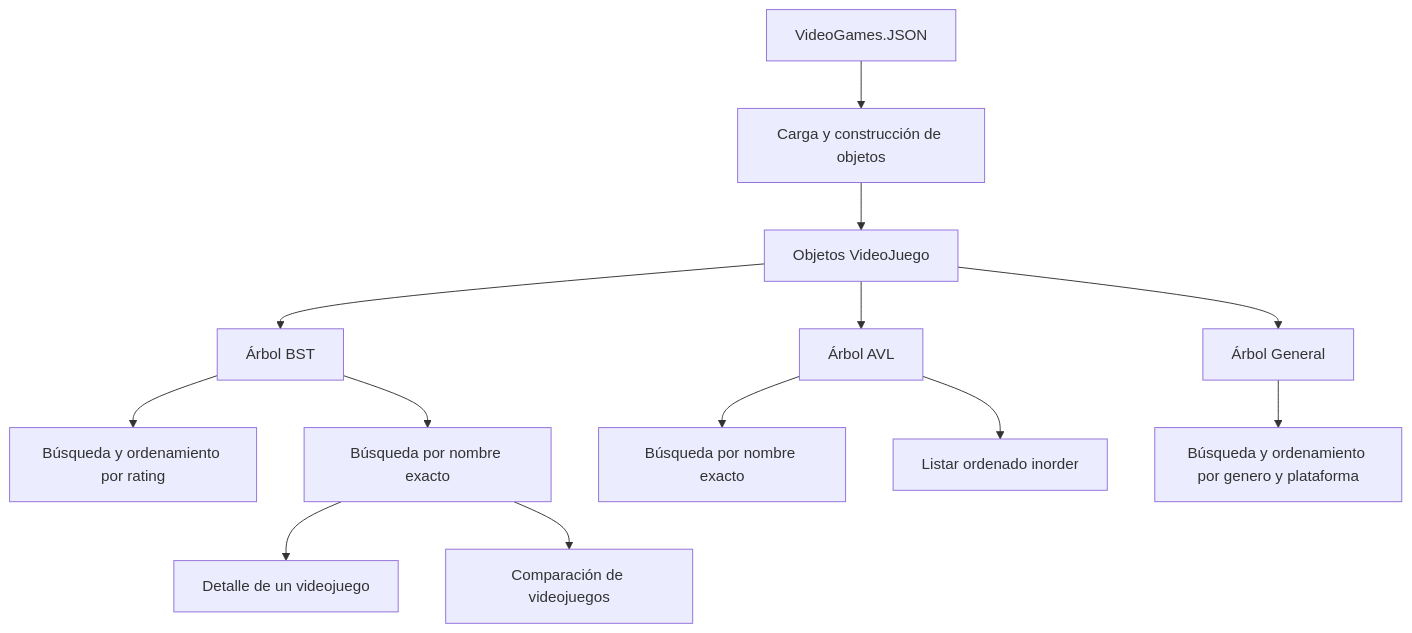
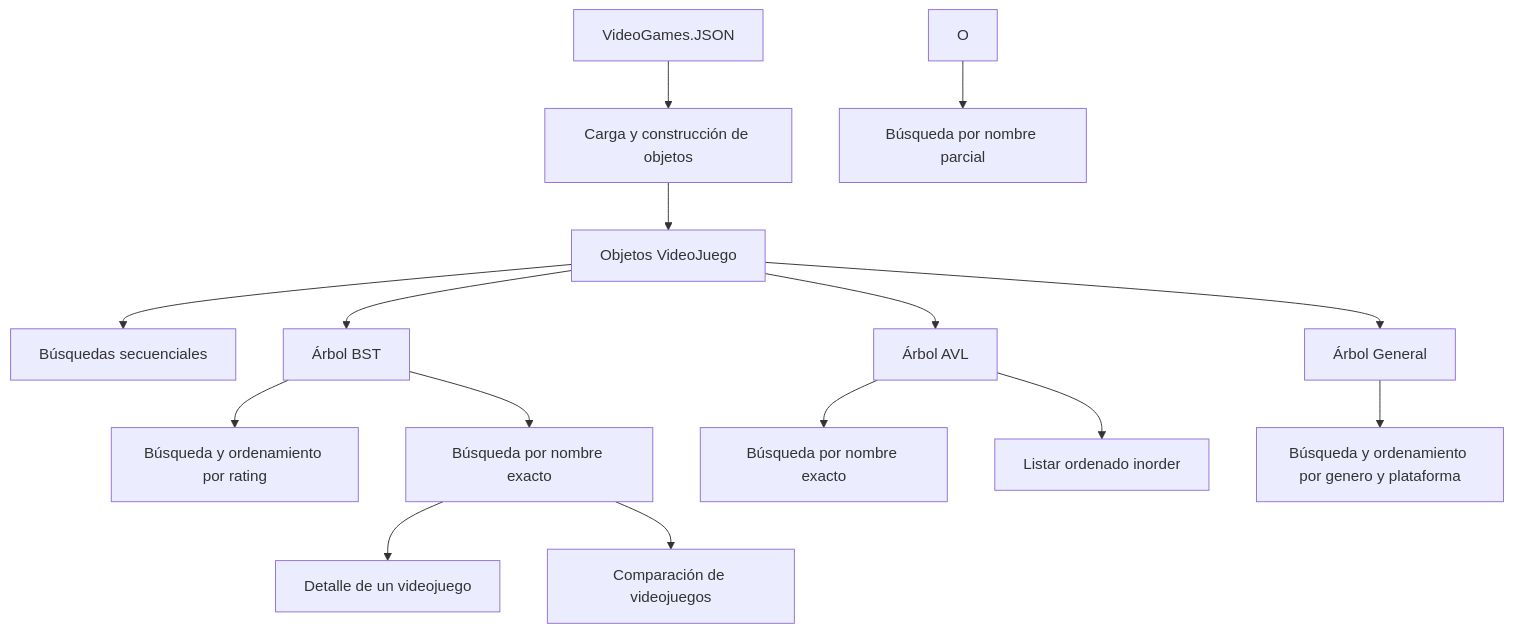
The third of 4 diagrams in docs/04-diagrama-datos.md (marinadebora/NextPlay), drawn with Mermaid before and after one commit. The commit also changed other lines of this file, not shown here.

````diff
--- a/docs/04-diagrama-datos.md
+++ b/docs/04-diagrama-datos.md
@@ -65,21 +65,23 @@
 ```mermaid
 flowchart TD
     A["VideoGames.JSON"] --> B["Carga y construcción de objetos"]
     B --> C["Objetos VideoJuego"]
 
     C --> D["Árbol BST"]   
     C --> E["Árbol AVL"]   
     C --> F["Árbol General"]
+    C --> 0["Búsquedas secuenciales"]
 
     D --> G["Búsqueda y ordenamiento por rating"]
     D --> H["Búsqueda por nombre exacto"]
 
     E --> I["Búsqueda por nombre exacto"]
     E --> J["Listar ordenado inorder"]
    
     F --> K["Búsqueda y ordenamiento por genero y plataforma"]
     
     H --> L["Detalle de un videojuego"]
     H --> M["Comparación de videojuegos"]
 
+    O --> P["Búsqueda por nombre parcial"]
 ```
````
